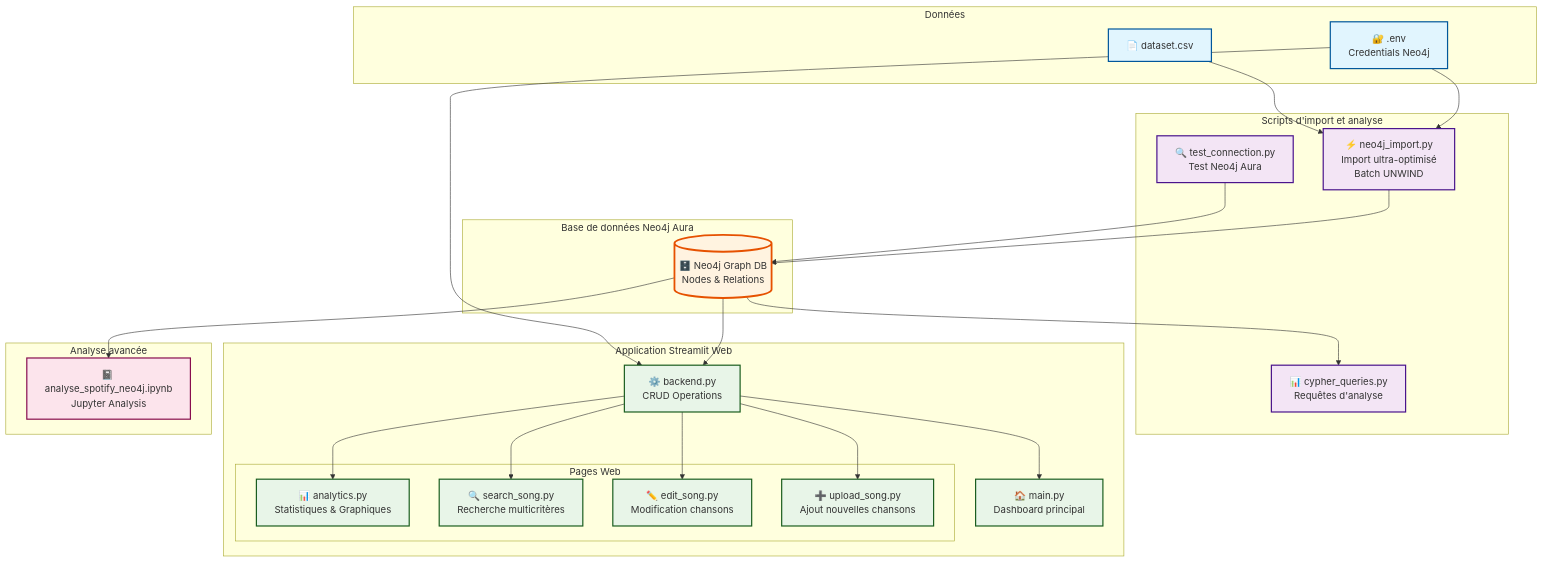
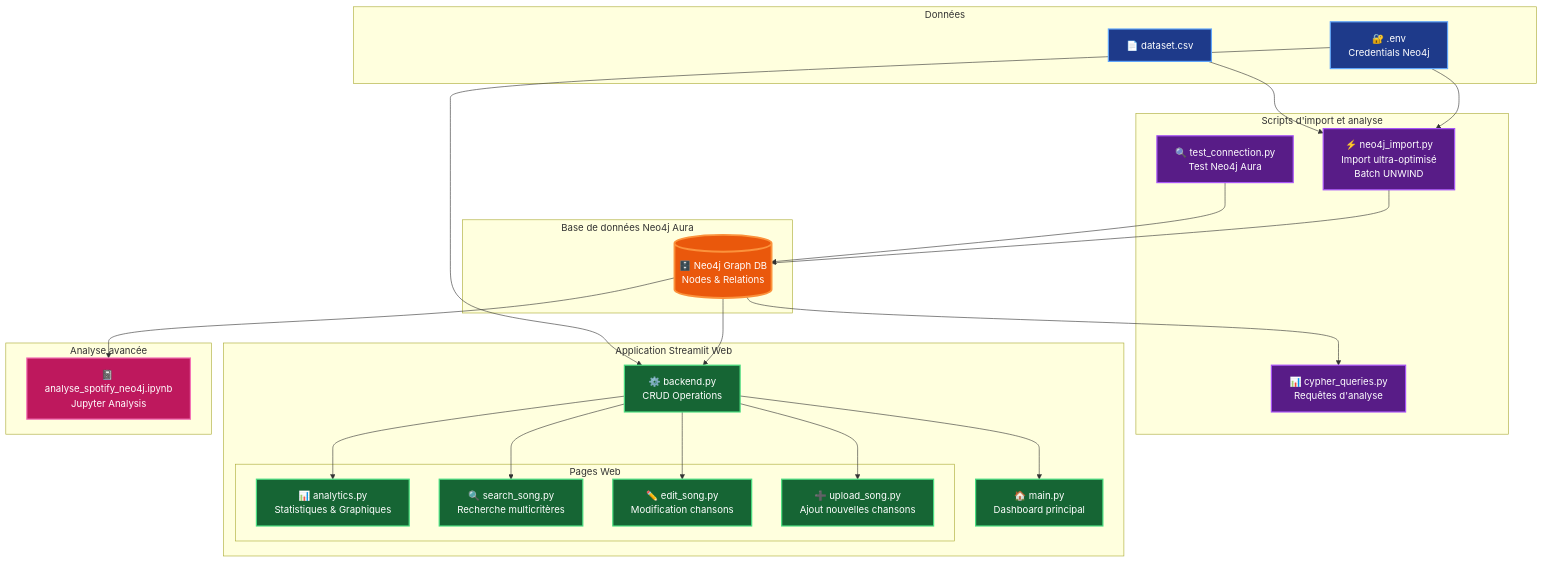
The first of 5 diagrams in README.md (MatisAgr/IPSSI_SPOTIFY_NOSQL), drawn with Mermaid before and after one commit. The commit also changed other lines of this file, not shown here.

Commit message:
Mise à jour du README.md : amélioration de la clarté et de la présentation, mise à jour des liens Trello et ajustement des styles de diagrammes.

````diff
--- a/README.md
+++ b/README.md
@@ -18,59 +18,59 @@
 ```mermaid
 graph TB
     subgraph "Données"
         CSV[📄 dataset.csv]
         Env[🔐 .env<br/>Credentials Neo4j]
     end
     
     subgraph "Scripts d'import et analyse"
         Test[🔍 test_connection.py<br/>Test Neo4j Aura]
         Import[⚡ neo4j_import.py<br/>Import ultra-optimisé<br/>Batch UNWIND]
         Queries[📊 cypher_queries.py<br/>Requêtes d'analyse]
     end
     
     subgraph "Base de données Neo4j Aura"
         Neo4j[(🗄️ Neo4j Graph DB<br/>Nodes & Relations)]
     end
     
     subgraph "Application Streamlit Web"
         Main[🏠 main.py<br/>Dashboard principal]
         Backend[⚙️ backend.py<br/>CRUD Operations]
         
         subgraph "Pages Web"
             Analytics[📊 analytics.py<br/>Statistiques & Graphiques]
             Search[🔍 search_song.py<br/>Recherche multicritères]
             Edit[✏️ edit_song.py<br/>Modification chansons]
             Upload[➕ upload_song.py<br/>Ajout nouvelles chansons]
         end
     end
     
     subgraph "Analyse avancée"
         Notebook[📓 analyse_spotify_neo4j.ipynb<br/>Jupyter Analysis]
     end
     
     CSV --> Import
     Env --> Import
     Env --> Backend
     Test --> Neo4j
     Import --> Neo4j
     Neo4j --> Backend
     Neo4j --> Queries
     Neo4j --> Notebook
     Backend --> Main
     Backend --> Analytics
     Backend --> Search
     Backend --> Edit
     Backend --> Upload
     
-    classDef dataClass fill:#e1f5fe,stroke:#01579b,stroke-width:2px
-    classDef scriptClass fill:#f3e5f5,stroke:#4a148c,stroke-width:2px
-    classDef dbClass fill:#fff3e0,stroke:#e65100,stroke-width:3px
-    classDef webClass fill:#e8f5e8,stroke:#1b5e20,stroke-width:2px
-    classDef analysisClass fill:#fce4ec,stroke:#880e4f,stroke-width:2px
+    classDef dataClass fill:#1e3a8a,stroke:#60a5fa,stroke-width:2px,color:#ffffff
+    classDef scriptClass fill:#581c87,stroke:#a855f7,stroke-width:2px,color:#ffffff
+    classDef dbClass fill:#ea580c,stroke:#fb923c,stroke-width:3px,color:#ffffff
+    classDef webClass fill:#166534,stroke:#4ade80,stroke-width:2px,color:#ffffff
+    classDef analysisClass fill:#be185d,stroke:#f472b6,stroke-width:2px,color:#ffffff
     
     class CSV,Env dataClass
     class Test,Import,Queries scriptClass
     class Neo4j dbClass
     class Main,Backend,Analytics,Search,Edit,Upload webClass
     class Notebook analysisClass
 ```
````
